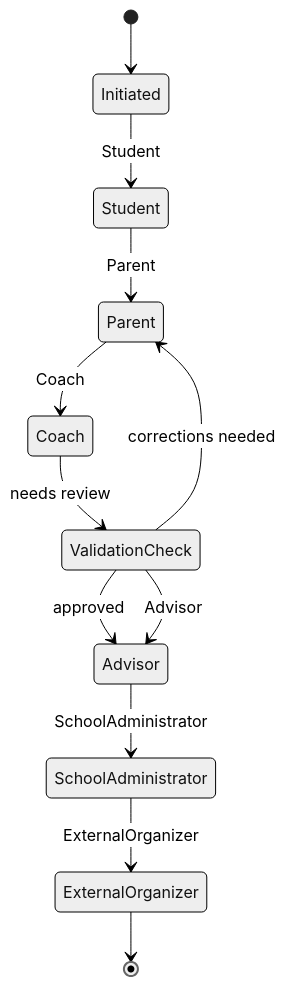
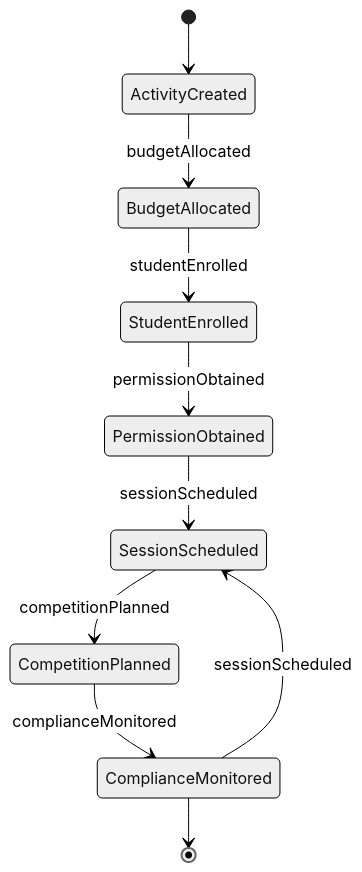
One commit to dot-org-ai/tasks.org.ai changed the second of 4 diagrams in GuidingDirectingAndMotivatingSubordinates/CoordinateGroupCommunityOrPublicActivities/CoordinateStudentExtracurricularActivities.mdx. Above: the diagram before and after it, drawn with Mermaid (neutral theme). The commit also changed other lines of this file and 515 other files, not shown here.

````diff
--- a/GuidingDirectingAndMotivatingSubordinates/CoordinateGroupCommunityOrPublicActivities/CoordinateStudentExtracurricularActivities.mdx
+++ b/GuidingDirectingAndMotivatingSubordinates/CoordinateGroupCommunityOrPublicActivities/CoordinateStudentExtracurricularActivities.mdx
@@ -104,14 +103,12 @@
 ```mermaid
 stateDiagram-v2
-    [*] --> Initiated
-    Initiated --> Student: Student
-    Student --> Parent: Parent
-    Parent --> Coach: Coach
-    Coach --> ValidationCheck: needs review
-    ValidationCheck --> Parent: corrections needed
-    ValidationCheck --> Advisor: approved
-    ValidationCheck --> Advisor: Advisor
-    Advisor --> SchoolAdministrator: SchoolAdministrator
-    SchoolAdministrator --> ExternalOrganizer: ExternalOrganizer
-    ExternalOrganizer --> [*]
+    [*] --> ActivityCreated
+    ActivityCreated --> BudgetAllocated : budgetAllocated
+    BudgetAllocated --> StudentEnrolled : studentEnrolled
+    StudentEnrolled --> PermissionObtained : permissionObtained
+    PermissionObtained --> SessionScheduled : sessionScheduled
+    SessionScheduled --> CompetitionPlanned : competitionPlanned
+    CompetitionPlanned --> ComplianceMonitored : complianceMonitored
+    ComplianceMonitored --> SessionScheduled : sessionScheduled
+    ComplianceMonitored --> [*]
 ```
````
